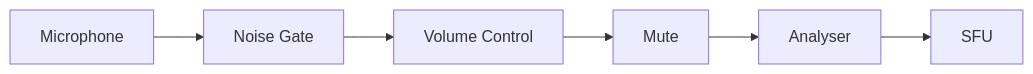
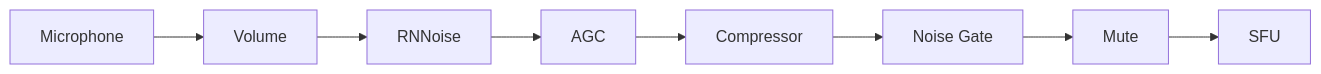
Before and after one commit to Gryt-chat/docs: the second of 4 diagrams in content/docs/guide/architecture.mdx, drawn with Mermaid. The commit also changed other lines of this file and 13 other files, not shown here.

````diff
--- a/content/docs/guide/architecture.mdx
+++ b/content/docs/guide/architecture.mdx
@@ -66,8 +63,10 @@
 ```mermaid
 graph LR
-  Mic["Microphone"] --> NG["Noise Gate"]
-  NG --> Vol["Volume Control"]
-  Vol --> Mute["Mute"]
-  Mute --> Analyser
-  Analyser --> SFU
+  Mic["Microphone"] --> Vol["Volume"]
+  Vol --> RNN["RNNoise"]
+  RNN --> AGC["AGC"]
+  AGC --> Comp["Compressor"]
+  Comp --> Gate["Noise Gate"]
+  Gate --> Mute["Mute"]
+  Mute --> SFU
 ```
````
